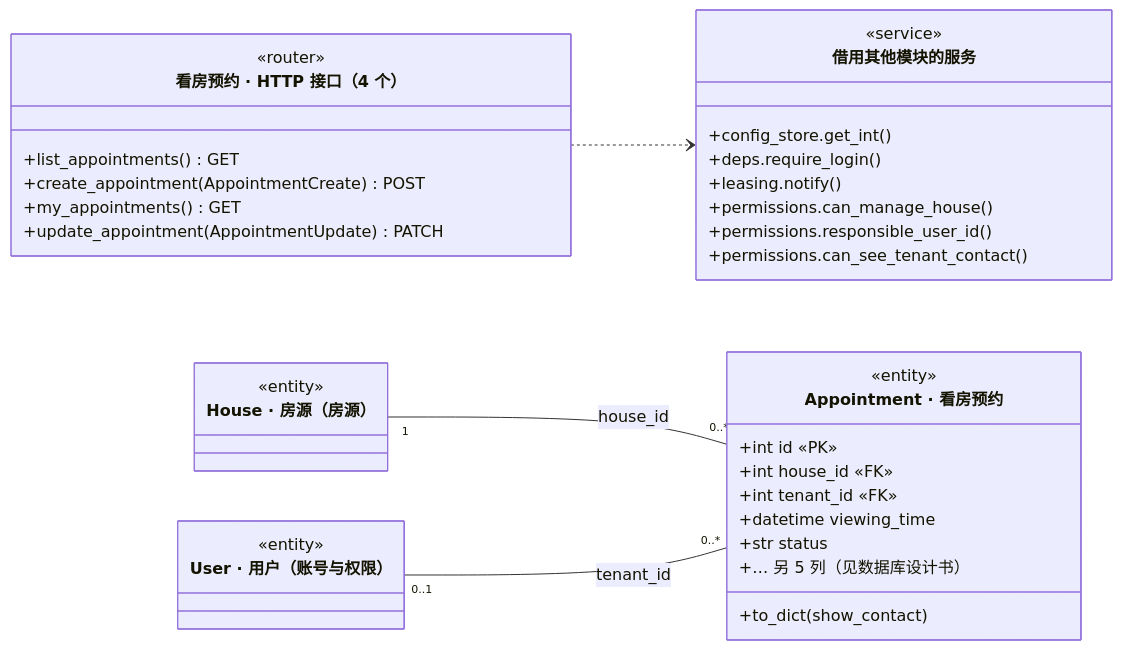
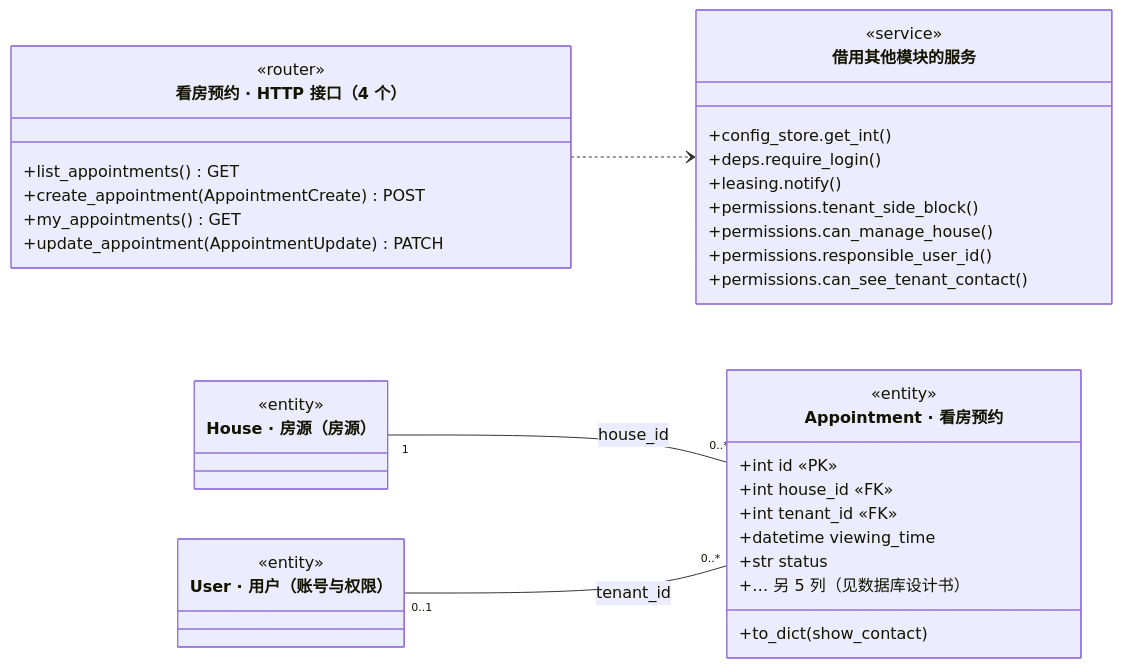
The diagram in docs/图/class_appointment.mmd (A107586/ai-house-rental), drawn with Mermaid before and after one commit. The commit also changed 27 other files, not shown here.

```diff
--- a/docs/图/class_appointment.mmd
+++ b/docs/图/class_appointment.mmd
@@ -1,35 +1,36 @@
 classDiagram
     direction LR
     class Api["看房预约 · HTTP 接口（4 个）"] {
         <<router>>
         +list_appointments() GET
         +create_appointment(AppointmentCreate) POST
         +my_appointments() GET
         +update_appointment(AppointmentUpdate) PATCH
     }
     class m_shared["借用其他模块的服务"] {
         <<service>>
         +config_store.get_int()
         +deps.require_login()
         +leasing.notify()
+        +permissions.tenant_side_block()
         +permissions.can_manage_house()
         +permissions.responsible_user_id()
         +permissions.can_see_tenant_contact()
     }
     Api ..> m_shared
     class Appointment["Appointment · 看房预约"] {
         <<entity>>
         +int id «PK»
         +int house_id «FK»
         +int tenant_id «FK»
         +datetime viewing_time
         +str status
         +… 另 5 列（见数据库设计书）
         +to_dict(show_contact)
     }
     class House["House · 房源（房源）"]
     <<entity>> House
     class User["User · 用户（账号与权限）"]
     <<entity>> User
     House "1" -- "0..*" Appointment : house_id
     User "0..1" -- "0..*" Appointment : tenant_id
```
